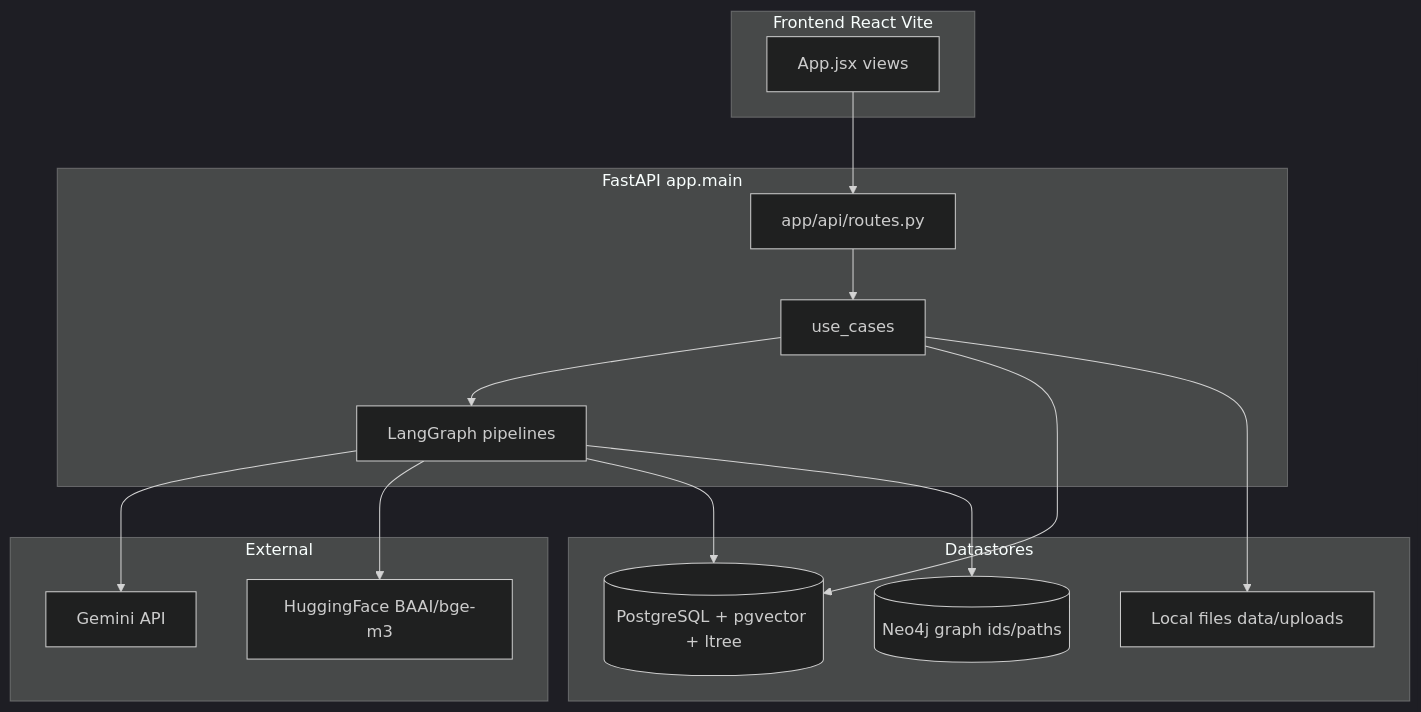
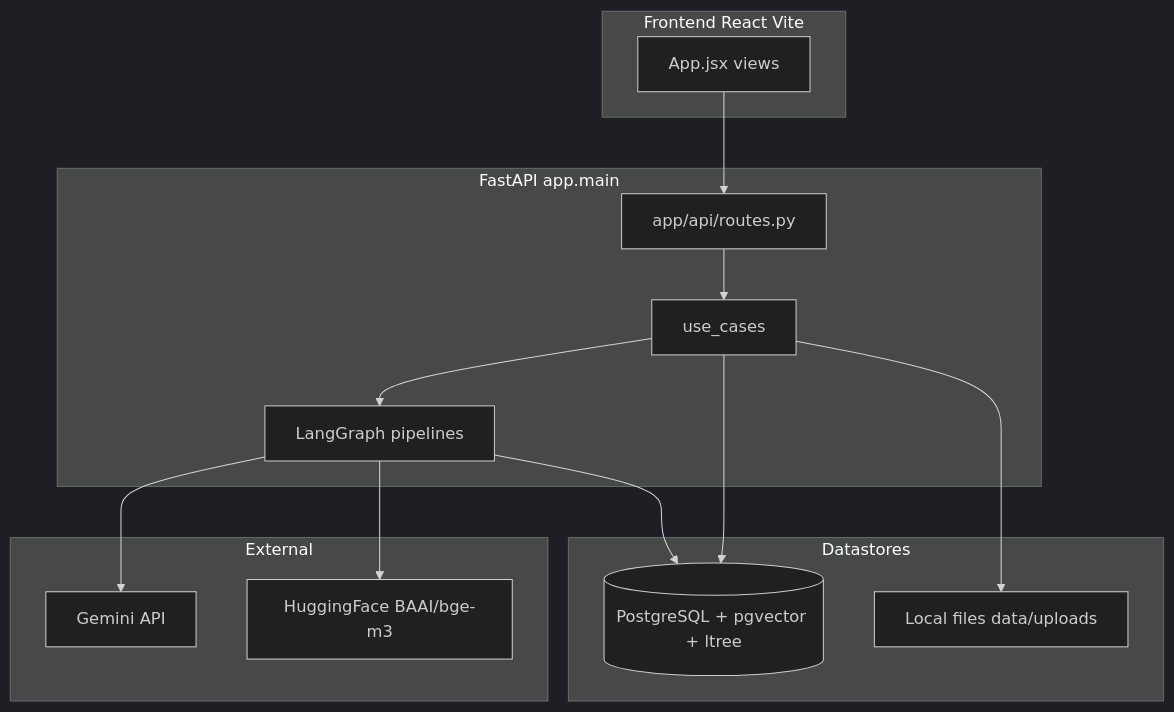
The first of 2 diagrams in docs/PROJECT_TECHNICAL_DOCUMENTATION.md (ddooxhuy09/contract-agent), drawn with Mermaid (dark theme) before and after one commit. The commit also changed other lines of this file and 78 other files, not shown here.

First line of the commit message:
remove Neo4j: GraphRAG expand runs on Postgres only (ltree + legal_document_relations)

````diff
--- a/docs/PROJECT_TECHNICAL_DOCUMENTATION.md
+++ b/docs/PROJECT_TECHNICAL_DOCUMENTATION.md
@@ -184,29 +181,27 @@
 ```mermaid
 flowchart TB
   subgraph client [Frontend React Vite]
     UI[App.jsx views]
   end
   subgraph api [FastAPI app.main]
     Routes[app/api/routes.py]
     UC[use_cases]
     AG[LangGraph pipelines]
   end
   subgraph data [Datastores]
     PG[(PostgreSQL + pgvector + ltree)]
-    NJ[(Neo4j graph ids/paths)]
     FS[Local files data/uploads]
   end
   subgraph ext [External]
     GEM[Gemini API]
     HF[HuggingFace BAAI/bge-m3]
   end
   UI --> Routes
   Routes --> UC
   UC --> AG
   UC --> PG
   UC --> FS
   AG --> GEM
   AG --> HF
   AG --> PG
-  AG --> NJ
 ```
````
